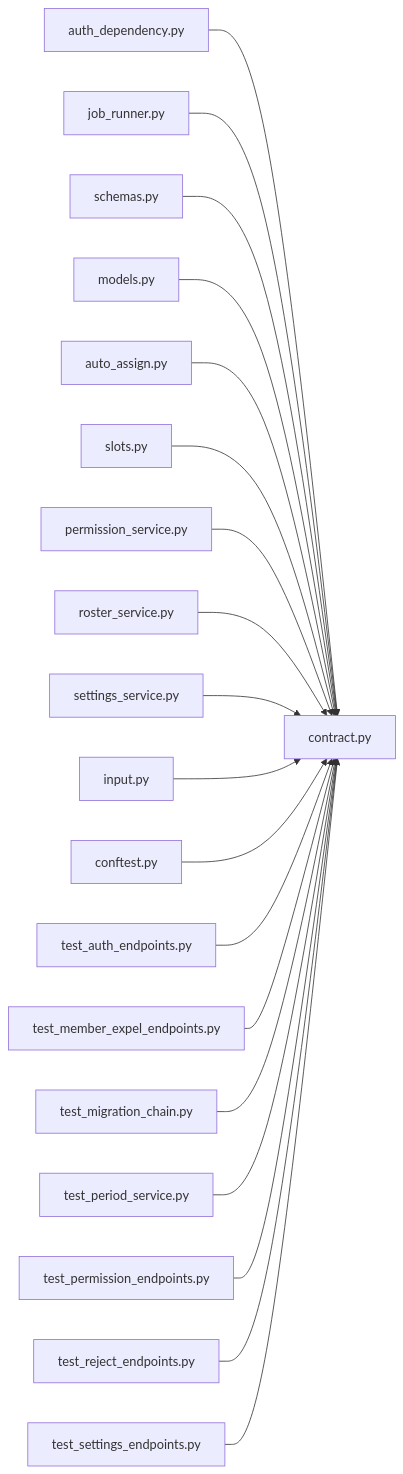
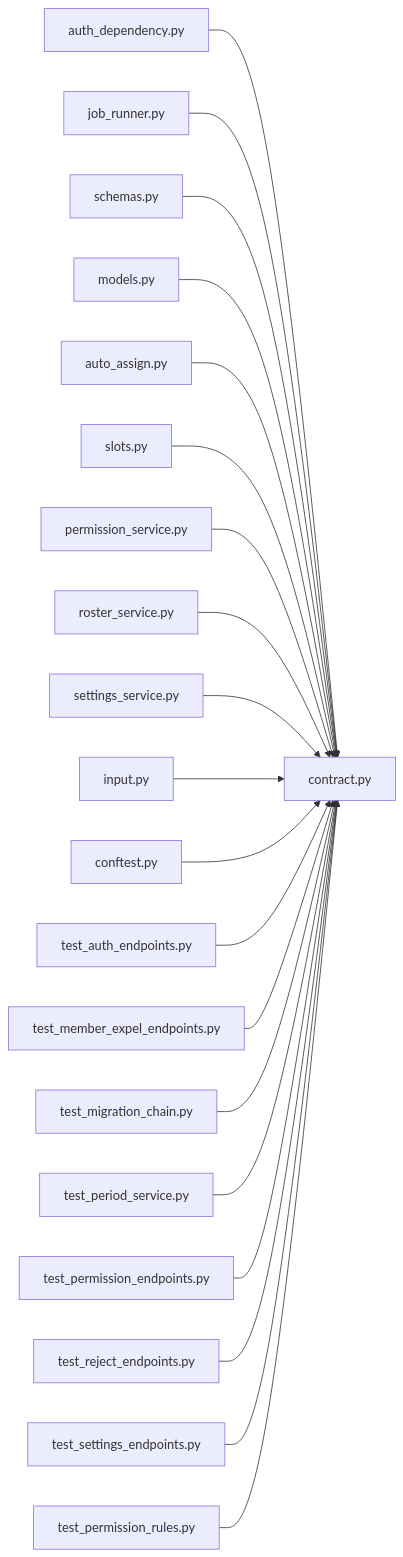
The diagram in .cluedoc/graph/backend/src/backend/contract.md (minkong-dev/Banblit), drawn with Mermaid before and after one commit. The commit also changed other lines of this file and 33 other files, not shown here.

First line of the commit message:
backend: trim rationale from feature docstrings, fix stale comments and add service rule tests

````diff
--- a/.cluedoc/graph/backend/src/backend/contract.md
+++ b/.cluedoc/graph/backend/src/backend/contract.md
@@ -10,22 +10,23 @@
 ```mermaid
 flowchart LR
   backend_src_backend_contract["contract.py"]
   backend_src_backend_api_auth_dependency["auth_dependency.py"] --> backend_src_backend_contract
   backend_src_backend_api_job_runner["job_runner.py"] --> backend_src_backend_contract
   backend_src_backend_api_schemas["schemas.py"] --> backend_src_backend_contract
   backend_src_backend_db_models["models.py"] --> backend_src_backend_contract
   backend_src_backend_jobs_auto_assign["auto_assign.py"] --> backend_src_backend_contract
   backend_src_backend_scheduling_slots["slots.py"] --> backend_src_backend_contract
   backend_src_backend_services_permission_permission_service["permission_service.py"] --> backend_src_backend_contract
   backend_src_backend_services_roster_roster_service["roster_service.py"] --> backend_src_backend_contract
   backend_src_backend_services_settings_settings_service["settings_service.py"] --> backend_src_backend_contract
   backend_src_backend_services_validation_input["input.py"] --> backend_src_backend_contract
   backend_tests_conftest["conftest.py"] --> backend_src_backend_contract
   backend_tests_integration_db_test_auth_endpoints["test_auth_endpoints.py"] --> backend_src_backend_contract
   backend_tests_integration_db_test_member_expel_endpoints["test_member_expel_endpoints.py"] --> backend_src_backend_contract
   backend_tests_integration_db_test_migration_chain["test_migration_chain.py"] --> backend_src_backend_contract
   backend_tests_integration_db_test_period_service["test_period_service.py"] --> backend_src_backend_contract
   backend_tests_integration_db_test_permission_endpoints["test_permission_endpoints.py"] --> backend_src_backend_contract
   backend_tests_integration_db_test_reject_endpoints["test_reject_endpoints.py"] --> backend_src_backend_contract
   backend_tests_integration_db_test_settings_endpoints["test_settings_endpoints.py"] --> backend_src_backend_contract
+  backend_tests_unit_test_permission_rules["test_permission_rules.py"] --> backend_src_backend_contract
 ```
````
